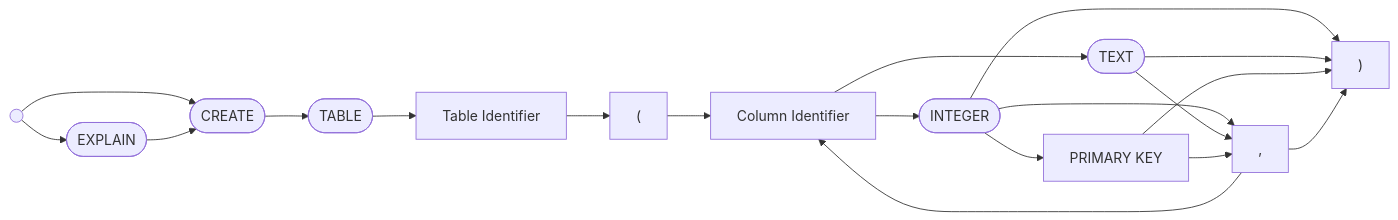
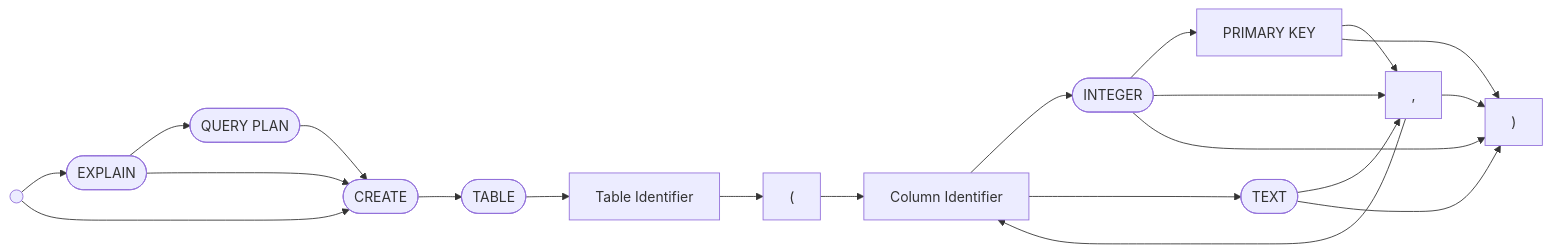
Before and after one commit to chirst/cdb: the second of 4 diagrams in README.md, drawn with Mermaid. The commit also changed other lines of this file and 17 other files, not shown here.

Commit message:
Introduce logical query plan with EXPLAIN QUERY PLAN (#4)

````diff
--- a/README.md
+++ b/README.md
@@ -32,34 +35,37 @@
 ```mermaid
 graph LR
 begin(( ))
 explain([EXPLAIN])
+queryPlan([QUERY PLAN])
 create([CREATE])
 table([TABLE])
 colTypeInt([INTEGER])
 colTypeText([TEXT])
 lparen["("]
 colSep[","]
 rparen[")"]
 tableIdent["Table Identifier"]
 colIdent["Column Identifier"]
 pkConstraint["PRIMARY KEY"]
 
 begin --> explain
+explain --> queryPlan
+queryPlan --> create
 begin --> create
 explain --> create
 create --> table
 table --> tableIdent
 tableIdent --> lparen
 lparen --> colIdent
 colIdent --> colTypeInt
 colIdent --> colTypeText
 colTypeInt --> pkConstraint
 colTypeInt --> colSep
 colTypeInt --> rparen
 colTypeText --> colSep
 colTypeText --> rparen
 pkConstraint --> colSep
 pkConstraint --> rparen
 colSep --> rparen
 colSep --> colIdent
 ```
````
